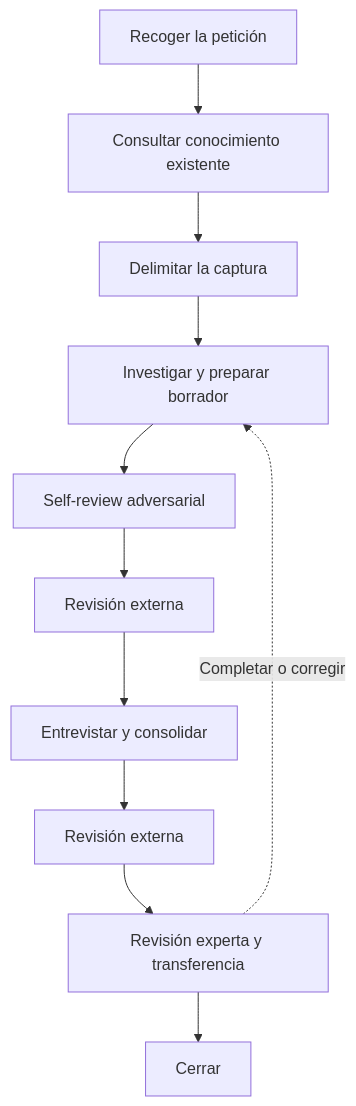
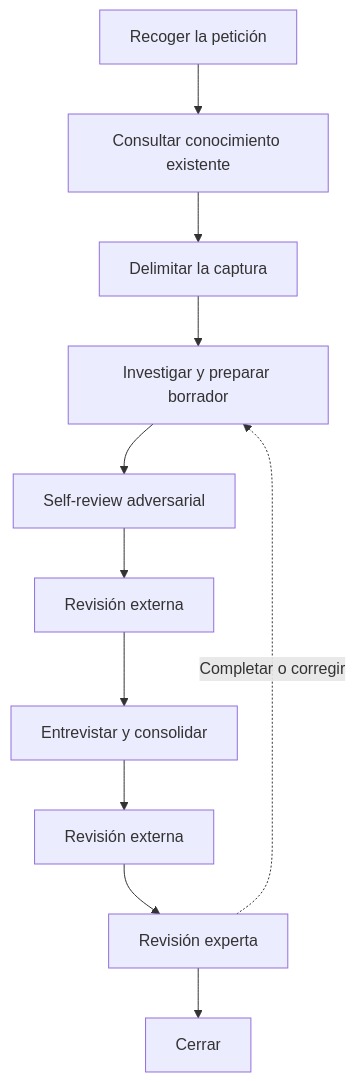
The diagram in skills/engineering/dna-harvest/SKILL.md (davidbalivo/skills), drawn with Mermaid before and after one commit. The commit also changed other lines of this file and 1 other file, not shown here.

````diff
--- a/skills/engineering/dna-harvest/SKILL.md
+++ b/skills/engineering/dna-harvest/SKILL.md
@@ -185,13 +185,13 @@
 ```mermaid
 flowchart TD
     P[Recoger la petición] --> K[Consultar conocimiento existente]
     K --> A[Delimitar la captura]
     A --> B[Investigar y preparar borrador]
     B --> S[Self-review adversarial]
     S --> R[Revisión externa]
     R --> C[Entrevistar y consolidar]
     C --> R2[Revisión externa]
-    R2 --> D[Revisión experta y transferencia]
+    R2 --> D[Revisión experta]
     D --> E[Cerrar]
     D -.->|Completar o corregir| B
 ```
````
